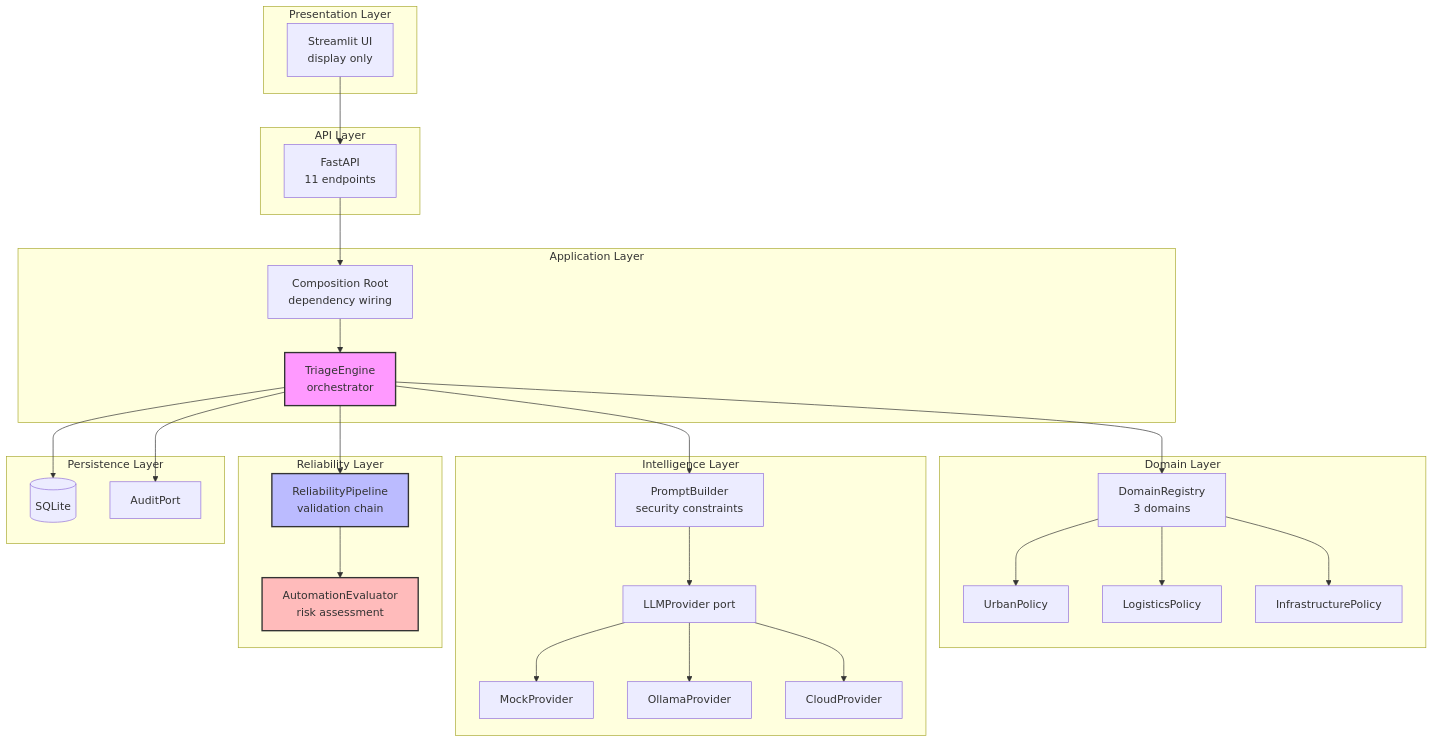
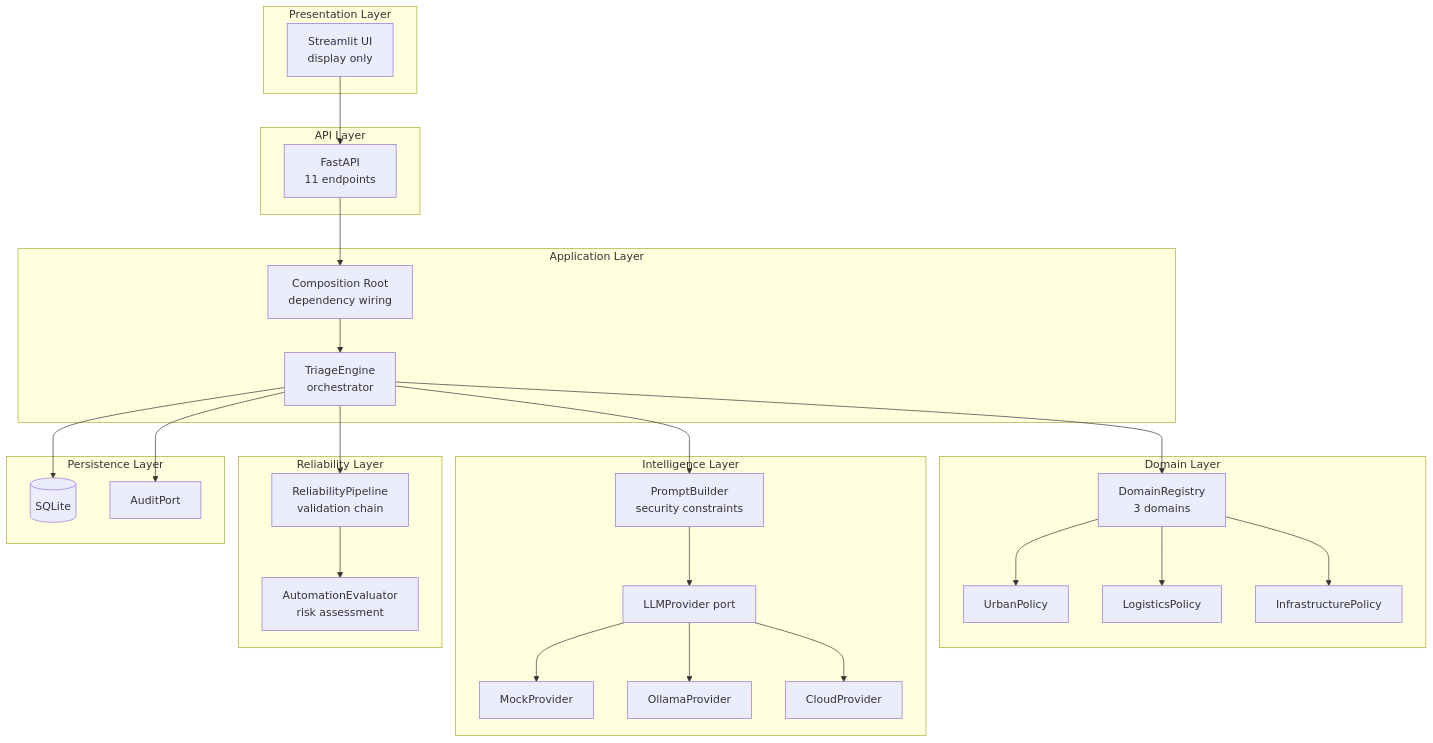
Before and after one commit to juandelaf1/CASE: the first of 2 diagrams in README.md, drawn with Mermaid.

Commit message:
fix: remove Mermaid style lines that break GitHub rendering

````diff
--- a/README.md
+++ b/README.md
@@ -85,57 +85,53 @@
 ```mermaid
 graph TB
     subgraph "Presentation Layer"
         UI[Streamlit UI<br/>display only]
     end
 
     subgraph "API Layer"
         API[FastAPI<br/>11 endpoints]
     end
 
     subgraph "Application Layer"
         CR[Composition Root<br/>dependency wiring]
         TE[TriageEngine<br/>orchestrator]
     end
 
     subgraph "Domain Layer"
         DR[DomainRegistry<br/>3 domains]
         DP1[UrbanPolicy]
         DP2[LogisticsPolicy]
         DP3[InfrastructurePolicy]
     end
 
     subgraph "Intelligence Layer"
         PB[PromptBuilder<br/>security constraints]
         LLM[LLMProvider port]
         MP[MockProvider]
         OP[OllamaProvider]
         CP[CloudProvider]
     end
 
     subgraph "Reliability Layer"
         RP[ReliabilityPipeline<br/>validation chain]
         AE[AutomationEvaluator<br/>risk assessment]
     end
 
     subgraph "Persistence Layer"
         DB[(SQLite)]
         AUD[AuditPort]
     end
 
     UI --> API
     API --> CR
     CR --> TE
     TE --> DR
     DR --> DP1 & DP2 & DP3
     TE --> PB
     PB --> LLM
     LLM --> MP & OP & CP
     TE --> RP
     RP --> AE
     TE --> DB
     TE --> AUD
-
-    style TE fill:#f9f,stroke:#333,stroke-width:2px
-    style RP fill:#bbf,stroke:#333,stroke-width:2px
-    style AE fill:#fbb,stroke:#333,stroke-width:2px
 ```
````
